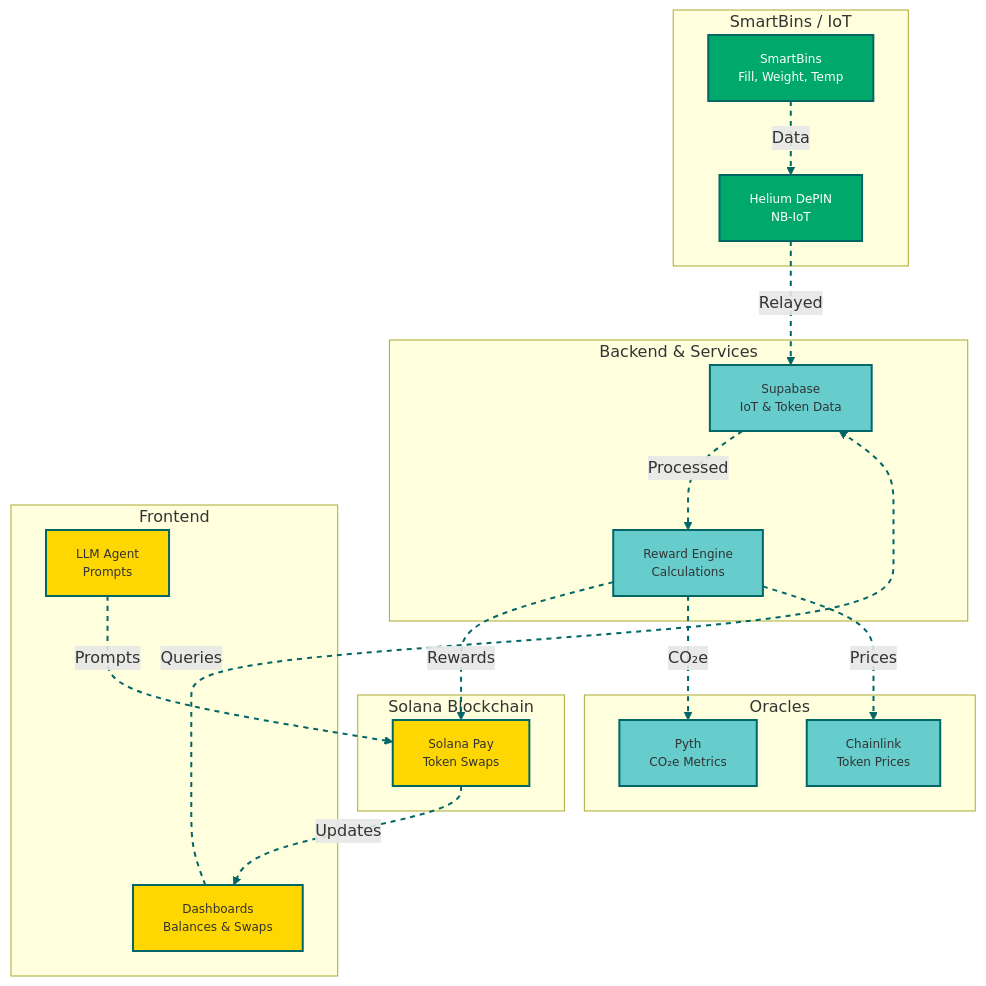
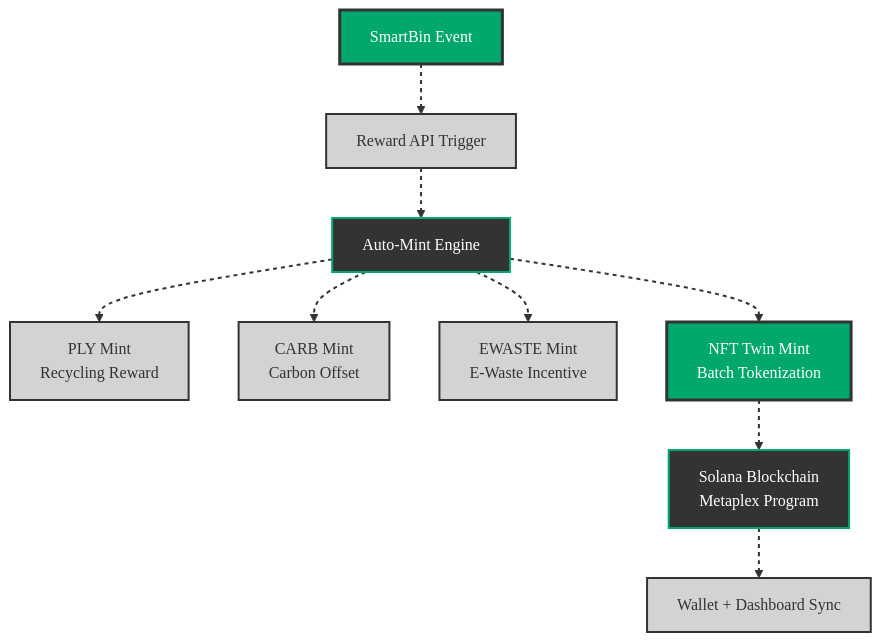
Before and after one commit to PolymersNetwork/polymers-protocol: the first of 5 diagrams in apps/README.md, drawn with Mermaid. The commit also changed other lines of this file, not shown here.

````diff
--- a/apps/README.md
+++ b/apps/README.md
@@ -47,46 +53,32 @@
 ```mermaid
-flowchart TB
-  %% IoT Layer
-  subgraph IoT["SmartBins / IoT"]
-    SmartBin["SmartBins<br>Fill, Weight, Temp"]:::iot
-    Helium["Helium DePIN<br>NB-IoT"]:::iot
-  end
+flowchart TD
+  A[SmartBin Event]:::green --> B[Reward API Trigger]:::gray
+  B --> C[Auto-Mint Engine]:::black
+  C --> D1[PLY Mint<br>Recycling Reward]:::gray
+  C --> D2[CARB Mint<br>Carbon Offset]:::gray
+  C --> D3[EWASTE Mint<br>E-Waste Incentive]:::gray
+  C --> E[NFT Twin Mint<br>Batch Tokenization]:::green
+  E --> F[Solana Blockchain<br>Metaplex Program]:::black
+  F --> G[Wallet + Dashboard Sync]:::gray
 
-  %% Backend & Services
-  subgraph Backend["Backend & Services"]
-    Supabase["Supabase<br>IoT & Token Data"]:::backend
-    RewardEngine["Reward Engine<br>Calculations"]:::backend
-  end
-
-  %% Oracle Layer
-  subgraph Oracles["Oracles"]
-    Pyth["Pyth<br>CO₂e Metrics"]:::oracle
-    Chainlink["Chainlink<br>Token Prices"]:::oracle
-  end
-
-  %% Blockchain Layer
-  subgraph Blockchain["Solana Blockchain"]
-    SolanaPay["Solana Pay<br>Token Swaps"]:::blockchain
-  end
-
-  %% Frontend
-  subgraph Frontend["Frontend"]
-    Dashboards["Dashboards<br>Balances & Swaps"]:::frontend
-    LLM["LLM Agent<br>Prompts"]:::frontend
-  end
-
-  %% Data Flow
-  SmartBin -->|Data| Helium -->|Relayed| Supabase -->|Processed| RewardEngine -->|Rewards| SolanaPay -->|Updates| Dashboards
-  RewardEngine -->|CO₂e| Pyth
-  RewardEngine -->|Prices| Chainlink
-  LLM -->|Prompts| SolanaPay
-  Dashboards -->|Queries| Supabase
+  %% Clickable Nodes
+  click A "https://docs.polymers.network/smartbins" "SmartBin Event Docs"
+  click B "https://docs.polymers.network/reward-api" "Reward API Trigger Docs"
+  click C "https://docs.polymers.network/auto-mint" "Auto-Mint Engine Docs"
+  click D1 "https://docs.polymers.network/tokens#ply" "PLY Token Details"
+  click D2 "https://docs.polymers.network/tokens#carb" "CARB Token Details"
+  click D3 "https://docs.polymers.network/tokens#ewaste" "EWASTE Token Details"
+  click E "https://docs.polymers.network/nft-twins" "NFT Twin Minting Docs"
+  click F "https://solanapay.com/docs" "Solana Metaplex Docs"
+  click G "https://docs.polymers.network/wallet" "Wallet & Dashboard Sync Docs"
 
   %% Styling
-  classDef iot fill:#00A86B,stroke:#006666,stroke-width:2px,color:#FFFFFF,border-radius:10px,font-size:12px;
-  classDef backend fill:#66CCCC,stroke:#006666,stroke-width:2px,color:#333333,border-radius:10px,font-size:12px;
-  classDef oracle fill:#66CCCC,stroke:#006666,stroke-width:2px,color:#333333,border-radius:10px,font-size:12px;
-  classDef blockchain fill:#FFD700,stroke:#006666,stroke-width:2px,color:#333333,border-radius:10px,font-size:12px;
-  classDef frontend fill:#FFD700,stroke:#006666,stroke-width:2px,color:#333333,border-radius:10px,font-size:12px;
-  linkStyle default stroke:#006666,stroke-width:2px,color:#333333,stroke-dasharray:5,5;
+  classDef green fill:#00A86B,stroke:#333333,stroke-width:2px,color:#fff,font-family:Satoshi;
+  classDef gray fill:#D3D3D3,stroke:#333333,stroke-width:2px,color:#333,font-family:Satoshi;
+  classDef black fill:#333333,stroke:#00A86B,stroke-width:2px,color:#fff,font-family:Satoshi;
+  classDef active fill:#00A86B,stroke:#333333,stroke-width:3px,color:#fff,font-family:Satoshi;
+  linkStyle default stroke:#333,stroke-width:2px,stroke-dasharray:4,4;
+
+  %% Conditional Styling
+  class A,E active
 ```
````
